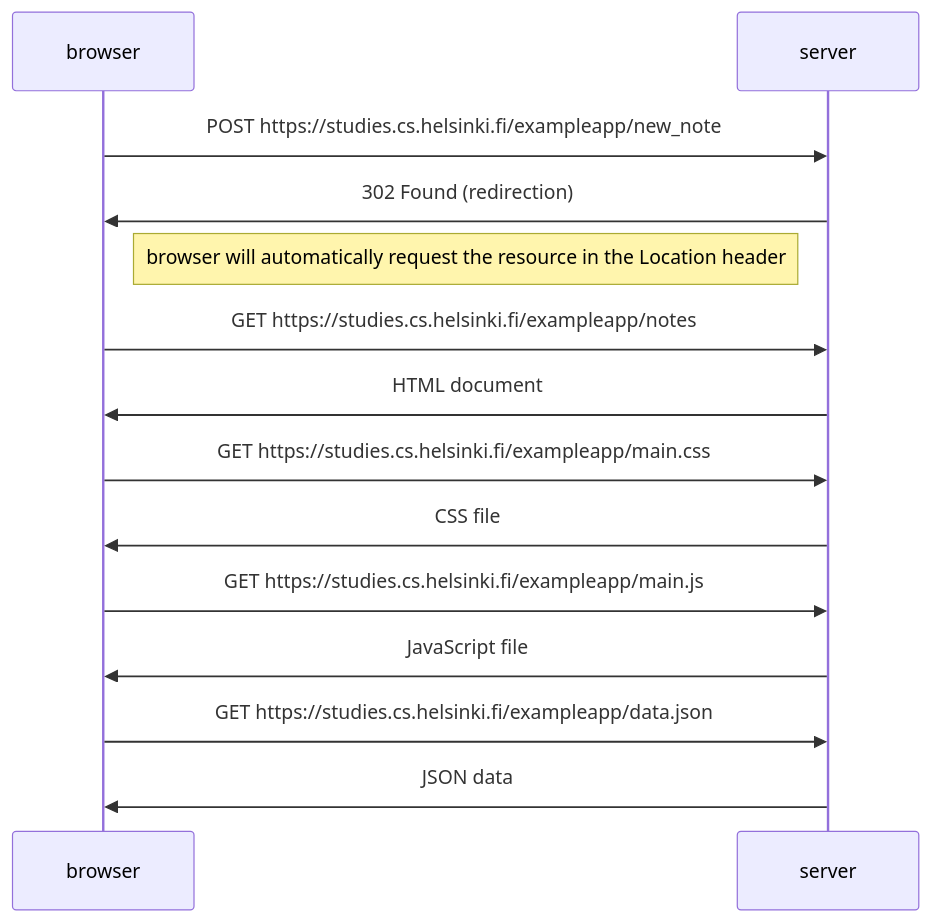
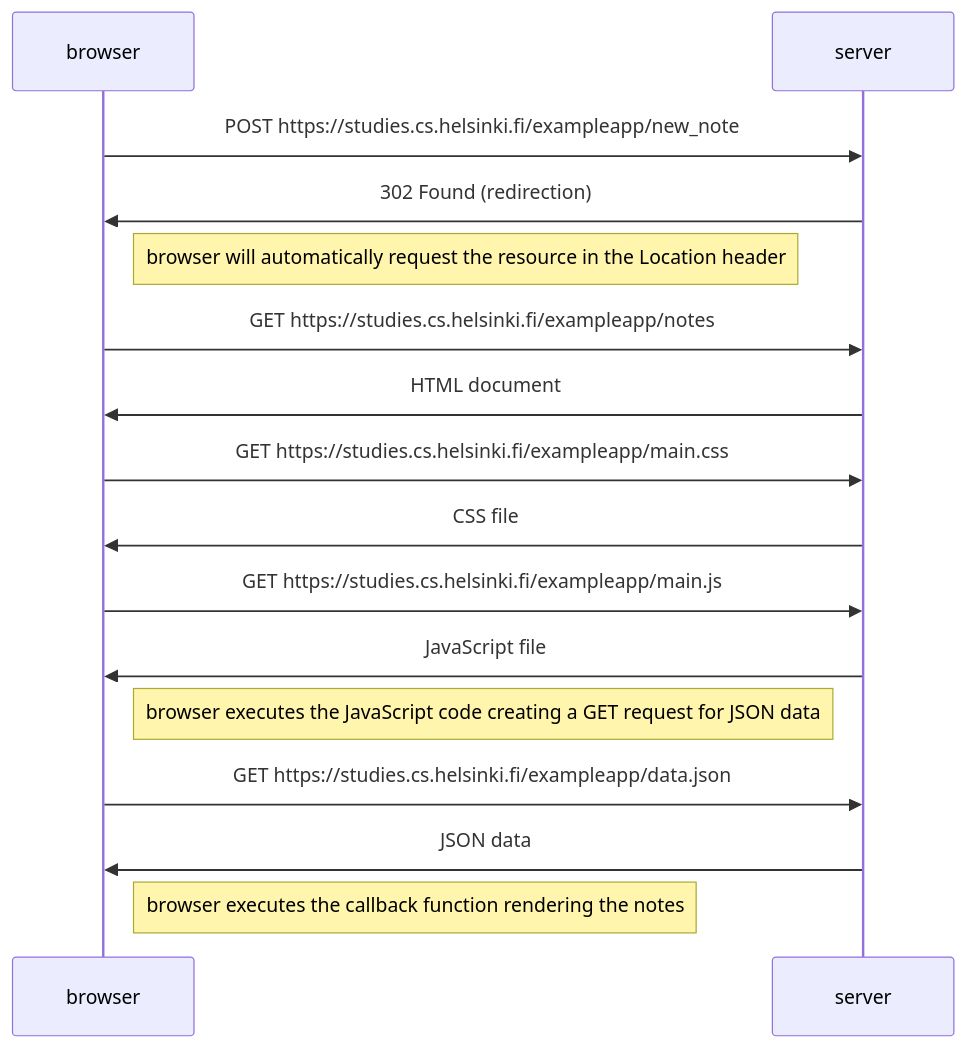
One commit to makelannika/full_stack_open changed the diagram in part0/0.4.md. Above: the diagram before and after it, drawn with Mermaid.

````diff
--- a/part0/0.4.md
+++ b/part0/0.4.md
@@ -1,20 +1,25 @@
 ```mermaid
 
 sequenceDiagram
     participant browser
     participant server
 
     browser->>server: POST https://studies.cs.helsinki.fi/exampleapp/new_note
     server->>browser: 302 Found (redirection)
 
     Note right of browser: browser will automatically request the resource in the Location header
 
     browser->>server: GET https://studies.cs.helsinki.fi/exampleapp/notes
     server->>browser: HTML document
     browser->>server: GET https://studies.cs.helsinki.fi/exampleapp/main.css
     server->>browser: CSS file
     browser->>server: GET https://studies.cs.helsinki.fi/exampleapp/main.js
     server->>browser: JavaScript file
+
+    Note right of browser: browser executes the JavaScript code creating a GET request for JSON data
+
     browser->>server: GET https://studies.cs.helsinki.fi/exampleapp/data.json
     server->>browser: JSON data
+
+    Note right of browser: browser executes the callback function rendering the notes
 ```
````
